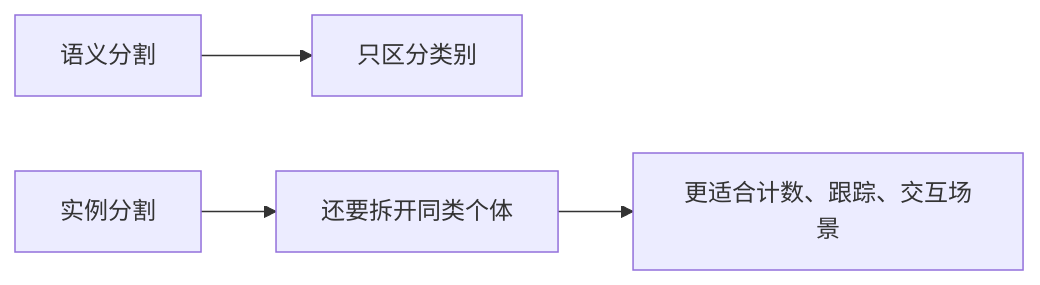
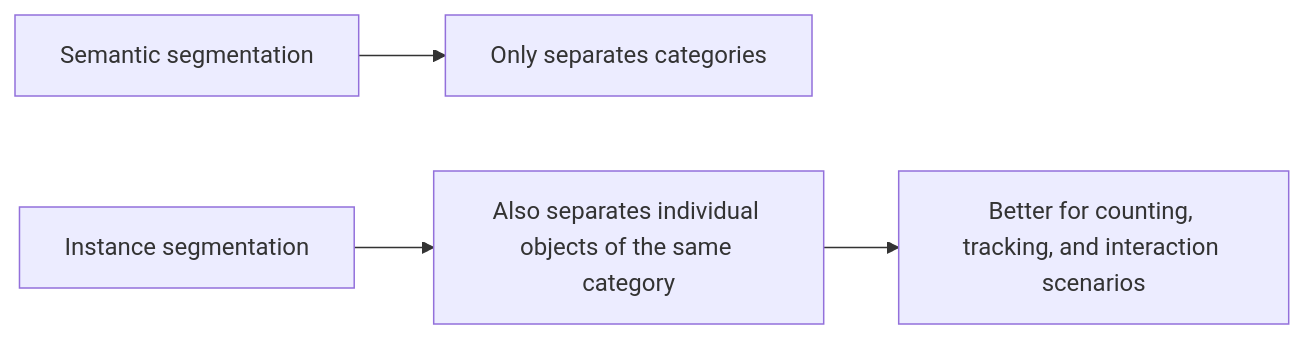
Before and after one commit to oudbiao/AI-fullstack-course: the diagram in docs/ch10-computer-vision/ch04-segmentation/02-instance-segmentation.md, drawn with Mermaid. The commit also changed other lines of this file and 1406 other files, not shown here.

````diff
--- a/docs/ch10-computer-vision/ch04-segmentation/02-instance-segmentation.md
+++ b/docs/ch10-computer-vision/ch04-segmentation/02-instance-segmentation.md
@@ -34,6 +34,6 @@
 ```mermaid
 flowchart LR
-    A["语义分割"] --> B["只区分类别"]
-    C["实例分割"] --> D["还要拆开同类个体"]
-    D --> E["更适合计数、跟踪、交互场景"]
+    A["Semantic segmentation"] --> B["Only separates categories"]
+    C["Instance segmentation"] --> D["Also separates individual objects of the same category"]
+    D --> E["Better for counting, tracking, and interaction scenarios"]
 ```
````
